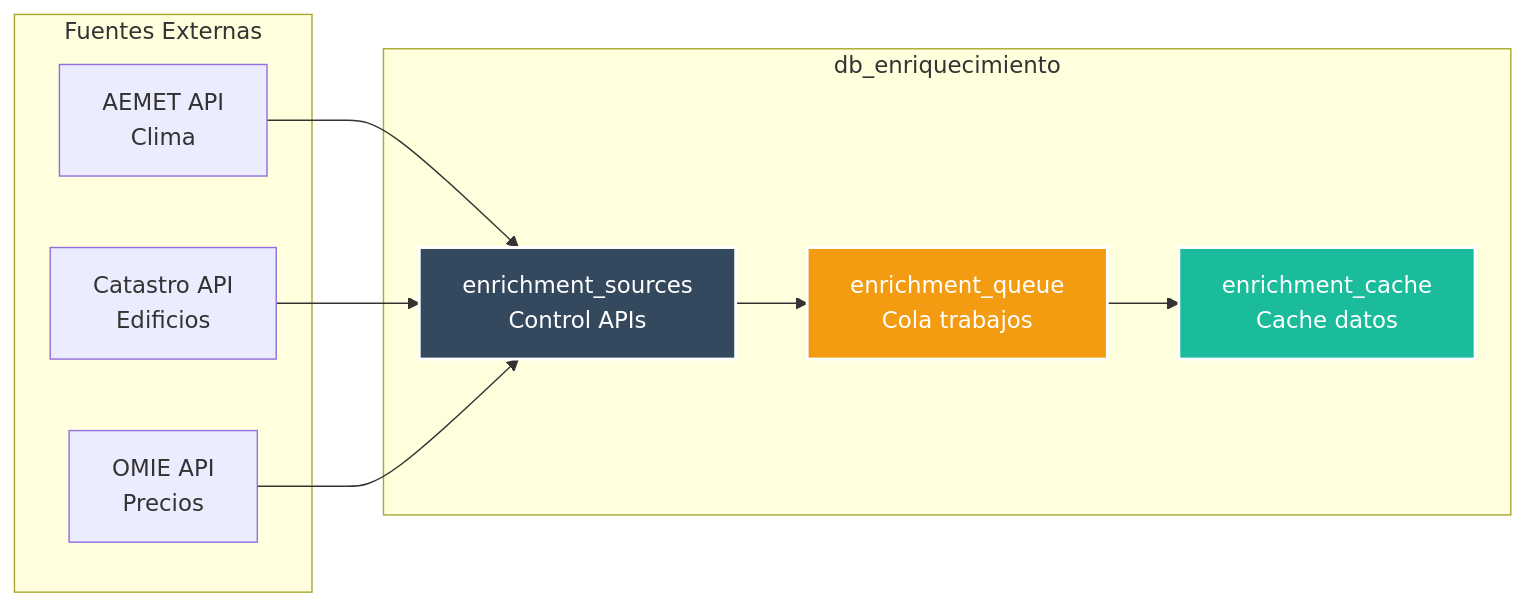
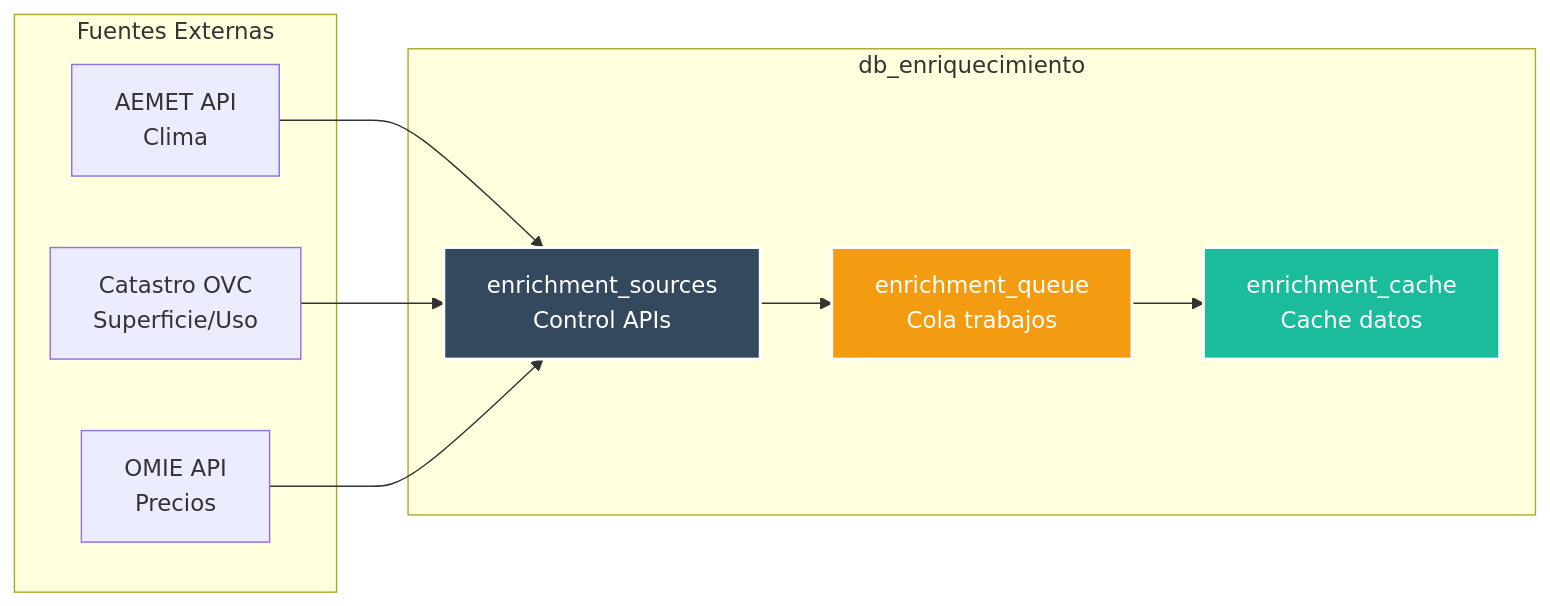
Before and after one commit to EGD2024/db-watioverse: the third of 7 diagrams in docs/README_arquitectura.md, drawn with Mermaid. The commit also changed other lines of this file and 14 other files, not shown here.

````diff
--- a/docs/README_arquitectura.md
+++ b/docs/README_arquitectura.md
@@ -124,24 +124,24 @@
 ```mermaid
 graph LR
     subgraph "Fuentes Externas"
         A[AEMET API<br/>Clima]
-        B[Catastro API<br/>Edificios]
+        B[Catastro OVC<br/>Superficie/Uso]
         C[OMIE API<br/>Precios]
     end
     
     subgraph "db_enriquecimiento"
         D[enrichment_sources<br/>Control APIs]
         E[enrichment_queue<br/>Cola trabajos]
         F[enrichment_cache<br/>Cache datos]
     end
     
     A --> D
     B --> D
     C --> D
     D --> E
     E --> F
     
     style D fill:#34495E,stroke:#ffffff,stroke-width:2px,color:#ffffff
     style E fill:#F39C12,stroke:#ffffff,stroke-width:2px,color:#ffffff
     style F fill:#1ABC9C,stroke:#ffffff,stroke-width:2px,color:#ffffff
 ```
````
